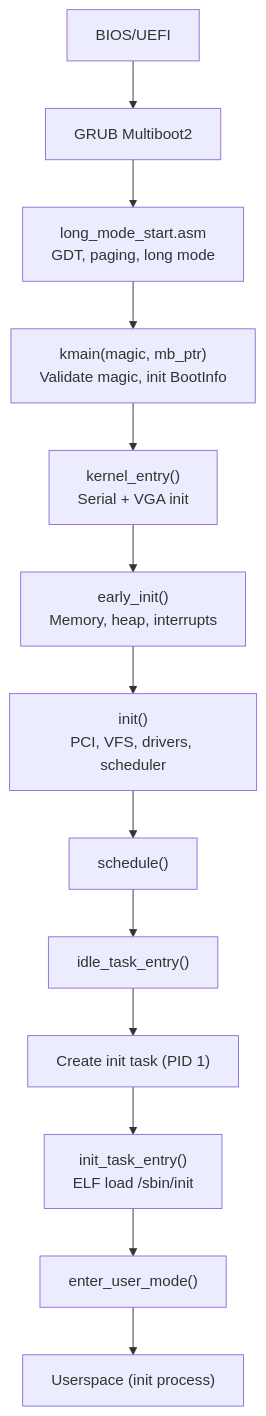
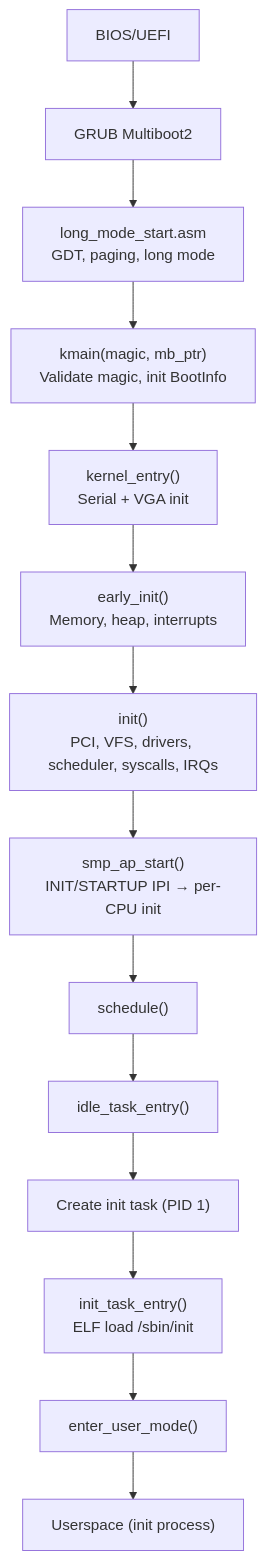
The diagram in Docs/Kernel/Boot/README.md (KitsuneBSD/FKernel), drawn with Mermaid before and after one commit. The commit also changed other lines of this file and 25 other files, not shown here.

````diff
--- a/Docs/Kernel/Boot/README.md
+++ b/Docs/Kernel/Boot/README.md
@@ -9,15 +9,16 @@
 ```mermaid
 flowchart TD
     A["BIOS/UEFI"] --> B["GRUB Multiboot2"]
     B --> C["long_mode_start.asm<br/>GDT, paging, long mode"]
     C --> D["kmain(magic, mb_ptr)<br/>Validate magic, init BootInfo"]
     D --> E["kernel_entry()<br/>Serial + VGA init"]
     E --> F["early_init()<br/>Memory, heap, interrupts"]
-    F --> G["init()<br/>PCI, VFS, drivers, scheduler"]
-    G --> H["schedule()"]
-    H --> I["idle_task_entry()"]
-    I --> J["Create init task (PID 1)"]
-    J --> K["init_task_entry()<br/>ELF load /sbin/init"]
-    K --> L["enter_user_mode()"]
-    L --> M["Userspace (init process)"]
+    F --> G["init()<br/>PCI, VFS, drivers, scheduler, syscalls, IRQs"]
+    G --> H["smp_ap_start()<br/>INIT/STARTUP IPI → per-CPU init"]
+    H --> I["schedule()"]
+    I --> J["idle_task_entry()"]
+    J --> K["Create init task (PID 1)"]
+    K --> L["init_task_entry()<br/>ELF load /sbin/init"]
+    L --> M["enter_user_mode()"]
+    M --> N["Userspace (init process)"]
 ```
````
